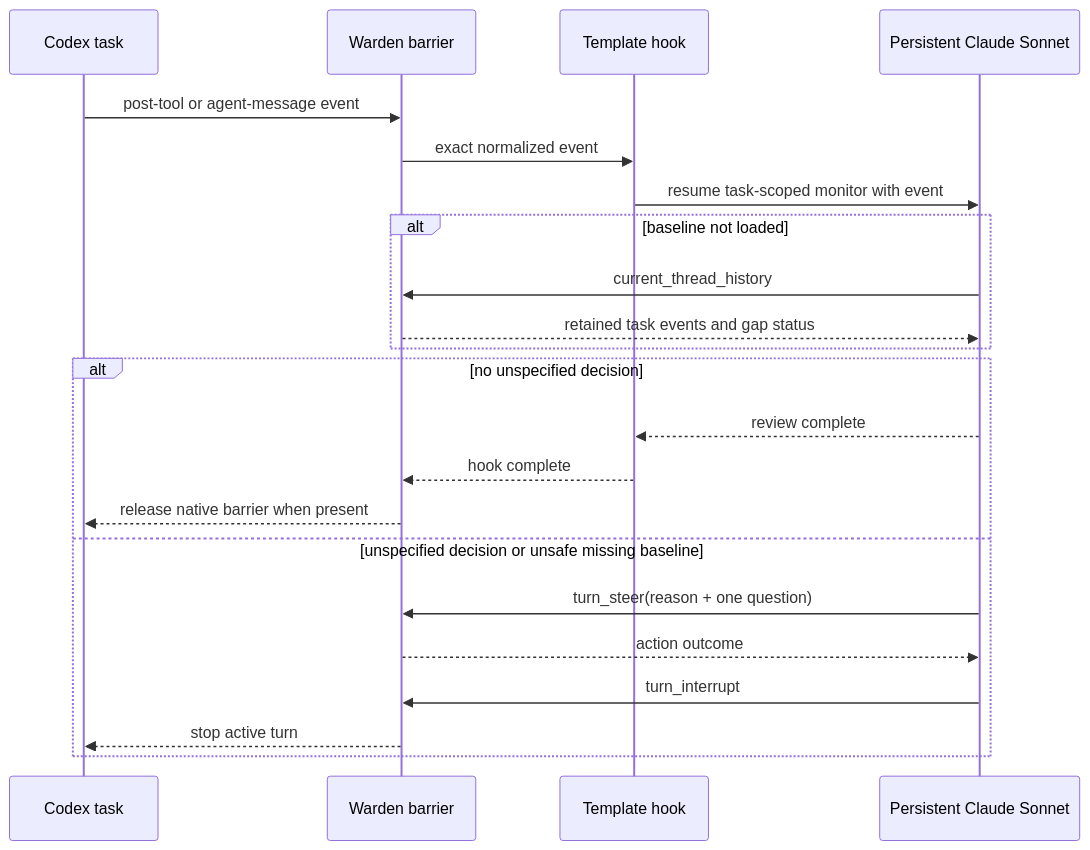
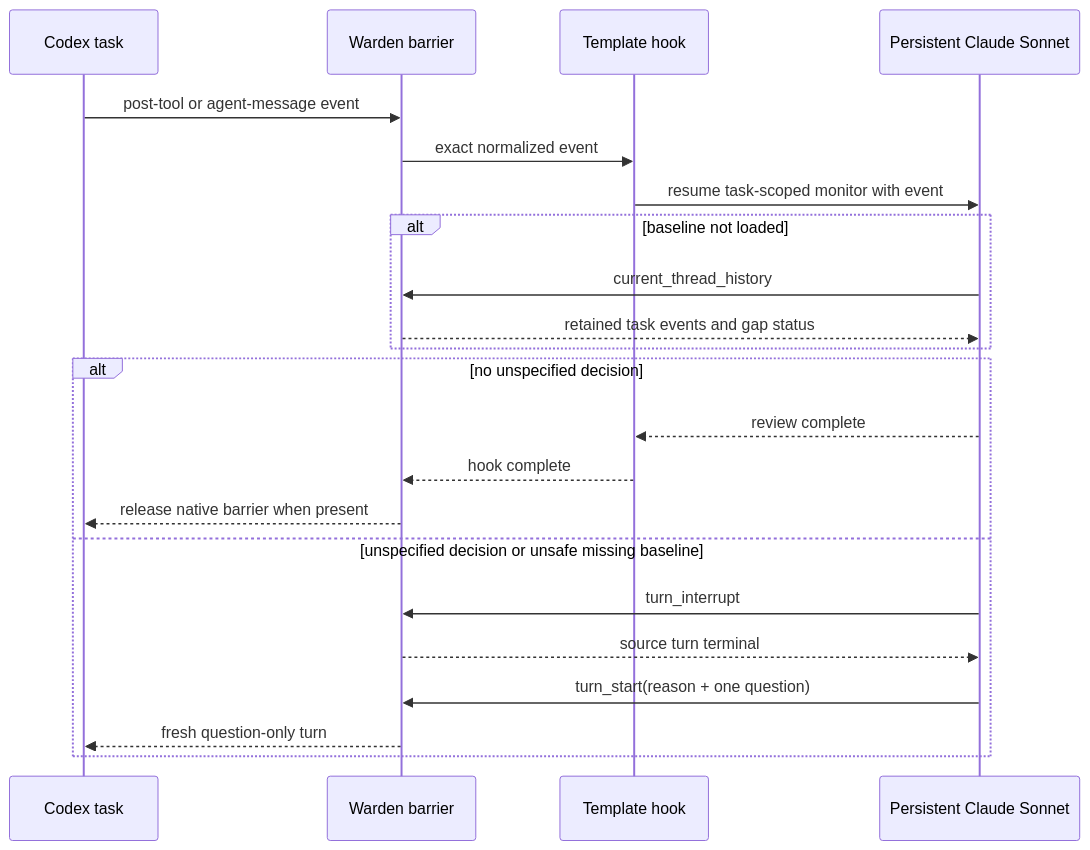
Before and after one commit to RPD123-byte/Warden: the second of 2 diagrams in openspec/changes/add-onboarding-hook-templates/design.md, drawn with Mermaid. The commit also changed other lines of this file and 14 other files, not shown here.

````diff
--- a/openspec/changes/add-onboarding-hook-templates/design.md
+++ b/openspec/changes/add-onboarding-hook-templates/design.md
@@ -97,25 +101,25 @@
 ```mermaid
 sequenceDiagram
     participant C as Codex task
     participant W as Warden barrier
     participant H as Template hook
     participant S as Persistent Claude Sonnet
 
     C->>W: post-tool or agent-message event
     W->>H: exact normalized event
     H->>S: resume task-scoped monitor with event
     alt baseline not loaded
         S->>W: current_thread_history
         W-->>S: retained task events and gap status
     end
     alt no unspecified decision
         S-->>H: review complete
         H-->>W: hook complete
         W-->>C: release native barrier when present
     else unspecified decision or unsafe missing baseline
-        S->>W: turn_steer(reason + one question)
-        W-->>S: action outcome
         S->>W: turn_interrupt
-        W-->>C: stop active turn
+        W-->>S: source turn terminal
+        S->>W: turn_start(reason + one question)
+        W-->>C: fresh question-only turn
     end
 ```
````
